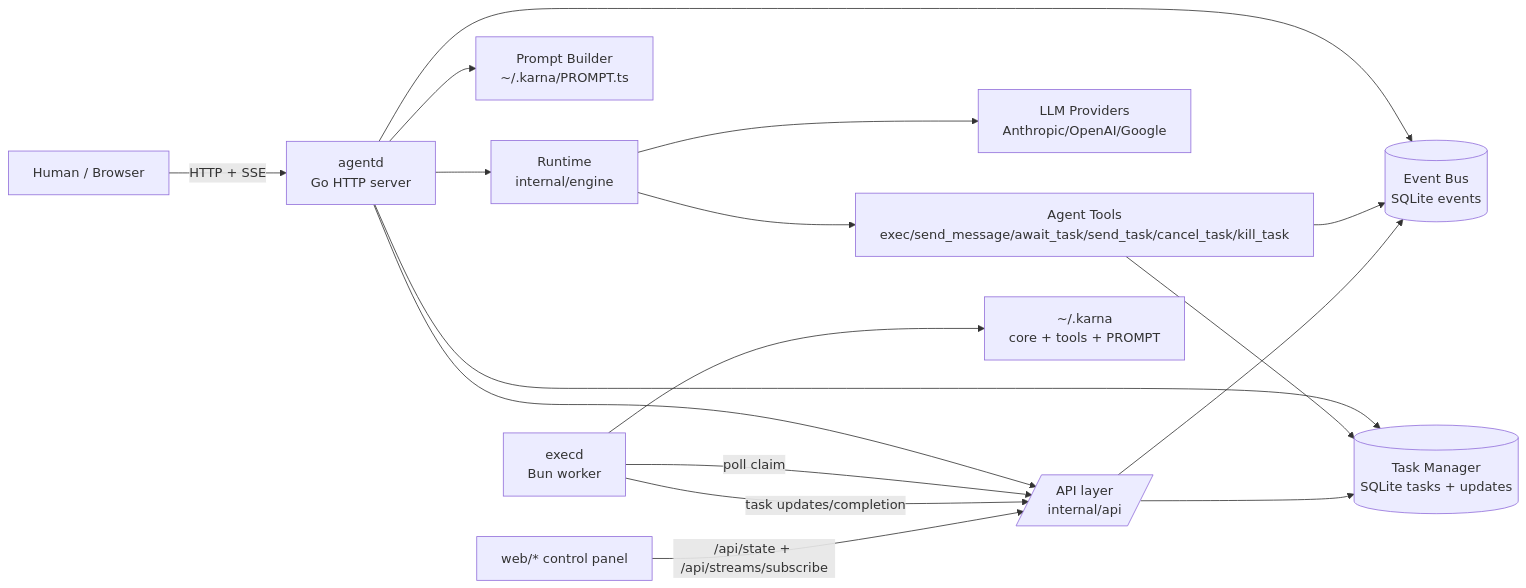
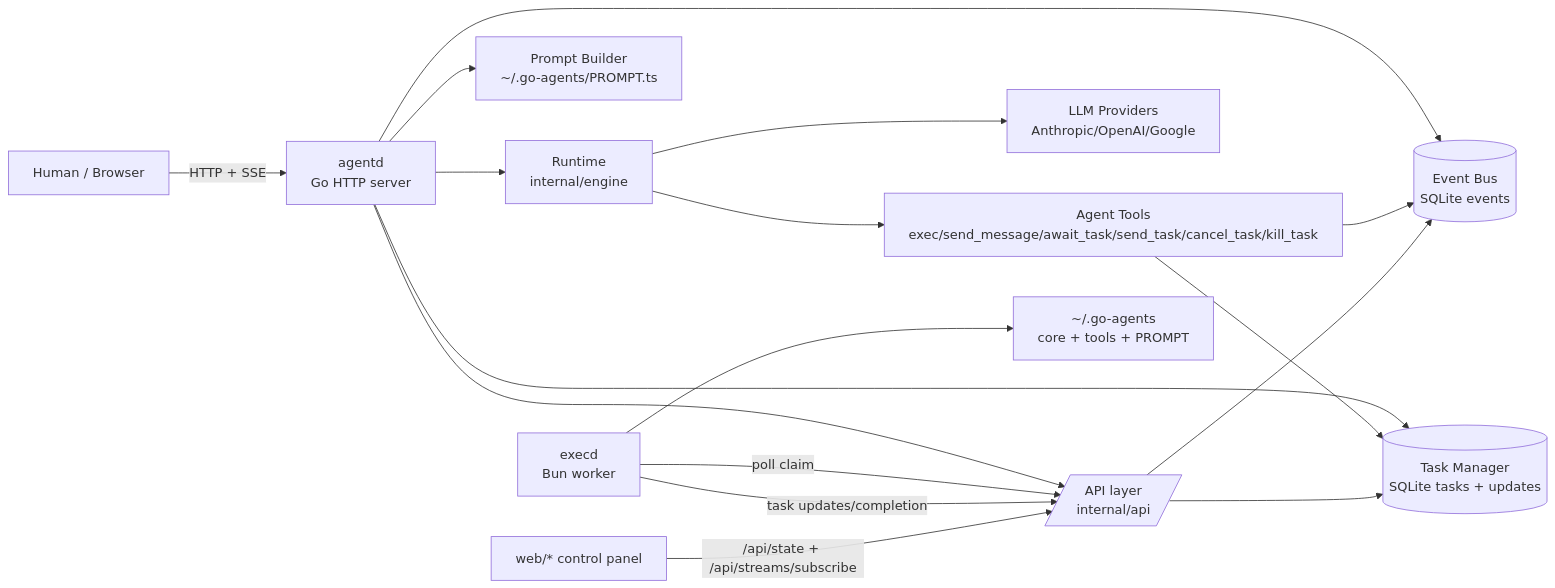
The first of 2 diagrams in ARCHITECTURE.md (blixt/go-agents), drawn with Mermaid before and after one commit. The commit also changed other lines of this file and 51 other files, not shown here.

````diff
--- a/ARCHITECTURE.md
+++ b/ARCHITECTURE.md
@@ -18,19 +18,19 @@
 ```mermaid
 flowchart LR
   Human[Human / Browser] -->|HTTP + SSE| Agentd[agentd\nGo HTTP server]
   Agentd --> API[/API layer\ninternal/api/]
   Agentd --> Runtime[Runtime\ninternal/engine]
   Agentd --> Bus[(Event Bus\nSQLite events)]
   Agentd --> Tasks[(Task Manager\nSQLite tasks + updates)]
-  Agentd --> Prompt[Prompt Builder\n~/.karna/PROMPT.ts]
+  Agentd --> Prompt[Prompt Builder\n~/.go-agents/PROMPT.ts]
   Runtime --> LLM[LLM Providers\nAnthropic/OpenAI/Google]
   Runtime --> Tools[Agent Tools\nexec/send_message/await_task/send_task/cancel_task/kill_task]
   Tools --> Tasks
   Tools --> Bus
   Execd[execd\nBun worker] -->|poll claim| API
   Execd -->|task updates/completion| API
-  Execd --> Karna[~/.karna\ncore + tools + PROMPT]
+  Execd --> RuntimeHome[~/.go-agents\ncore + tools + PROMPT]
   API --> Bus
   API --> Tasks
   WebUI[web/* control panel] -->|/api/state + /api/streams/subscribe| API
 ```
````
